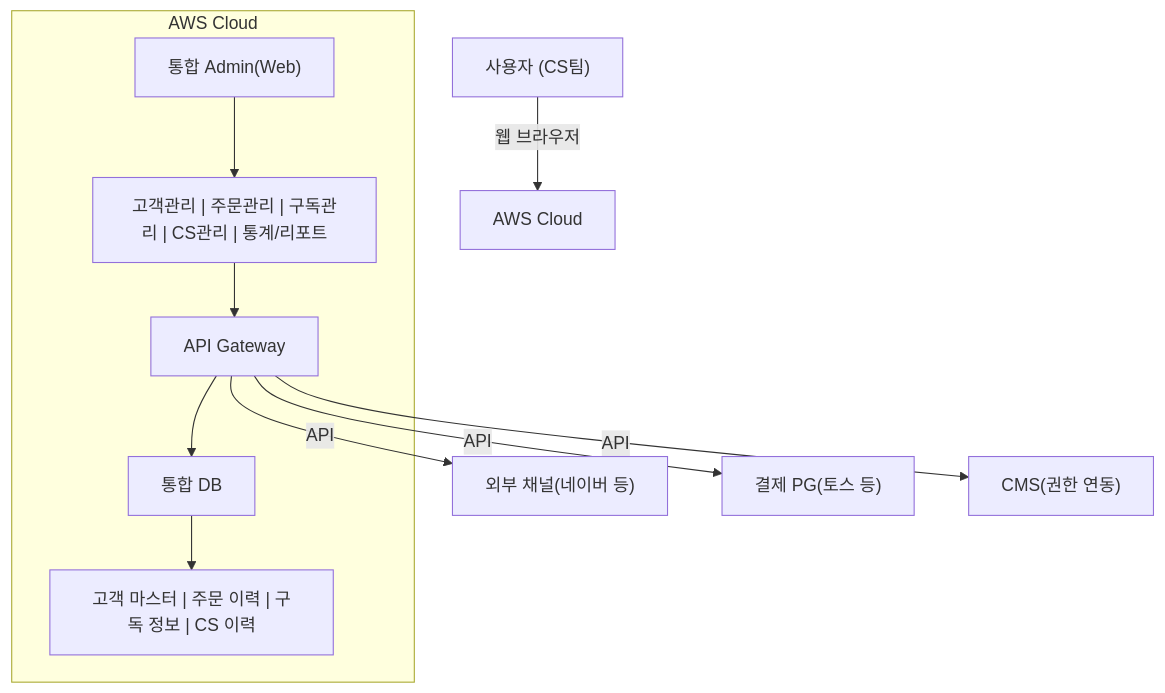
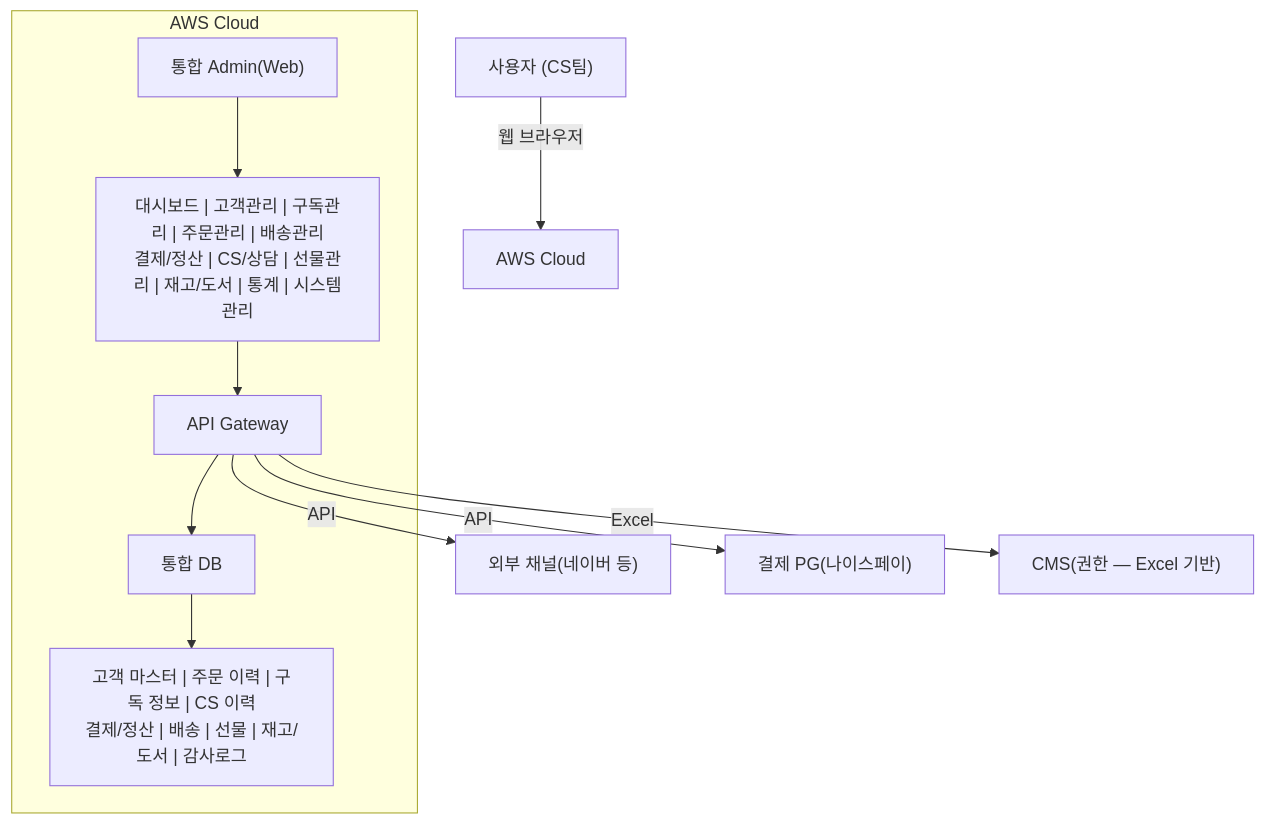
The second of 2 diagrams in src/content/docs/goodthinking-isp/04-design/index.md (sknkwoxs/manual-book), drawn with Mermaid before and after one commit. The commit also changed other lines of this file and 6 other files, not shown here.

````diff
--- a/src/content/docs/goodthinking-isp/04-design/index.md
+++ b/src/content/docs/goodthinking-isp/04-design/index.md
@@ -45,24 +45,24 @@
 ```mermaid
 graph TB
     User["사용자 (CS팀)"]
     User -->|웹 브라우저| GW["AWS Cloud"]
     
     subgraph AWS["AWS Cloud"]
         Admin["통합 Admin(Web)"]
-        Admin_Modules["고객관리 | 주문관리 | 구독관리 | CS관리 | 통계/리포트"]
+        Admin_Modules["대시보드 | 고객관리 | 구독관리 | 주문관리 | 배송관리<br/>결제/정산 | CS/상담 | 선물관리 | 재고/도서 | 통계 | 시스템관리"]
         
         DB["통합 DB"]
-        DB_Tables["고객 마스터 | 주문 이력 | 구독 정보 | CS 이력"]
+        DB_Tables["고객 마스터 | 주문 이력 | 구독 정보 | CS 이력<br/>결제/정산 | 배송 | 선물 | 재고/도서 | 감사로그"]
         
         APIGateway["API Gateway"]
         
         Admin --> Admin_Modules
         Admin_Modules --> APIGateway
         APIGateway --> DB
         DB --> DB_Tables
     end
     
     APIGateway -->|API| Channel["외부 채널(네이버 등)"]
-    APIGateway -->|API| PG["결제 PG(토스 등)"]
-    APIGateway -->|API| CMS["CMS(권한 연동)"]
+    APIGateway -->|API| PG["결제 PG(나이스페이)"]
+    APIGateway -->|Excel| CMS["CMS(권한 — Excel 기반)"]
 ```
````
